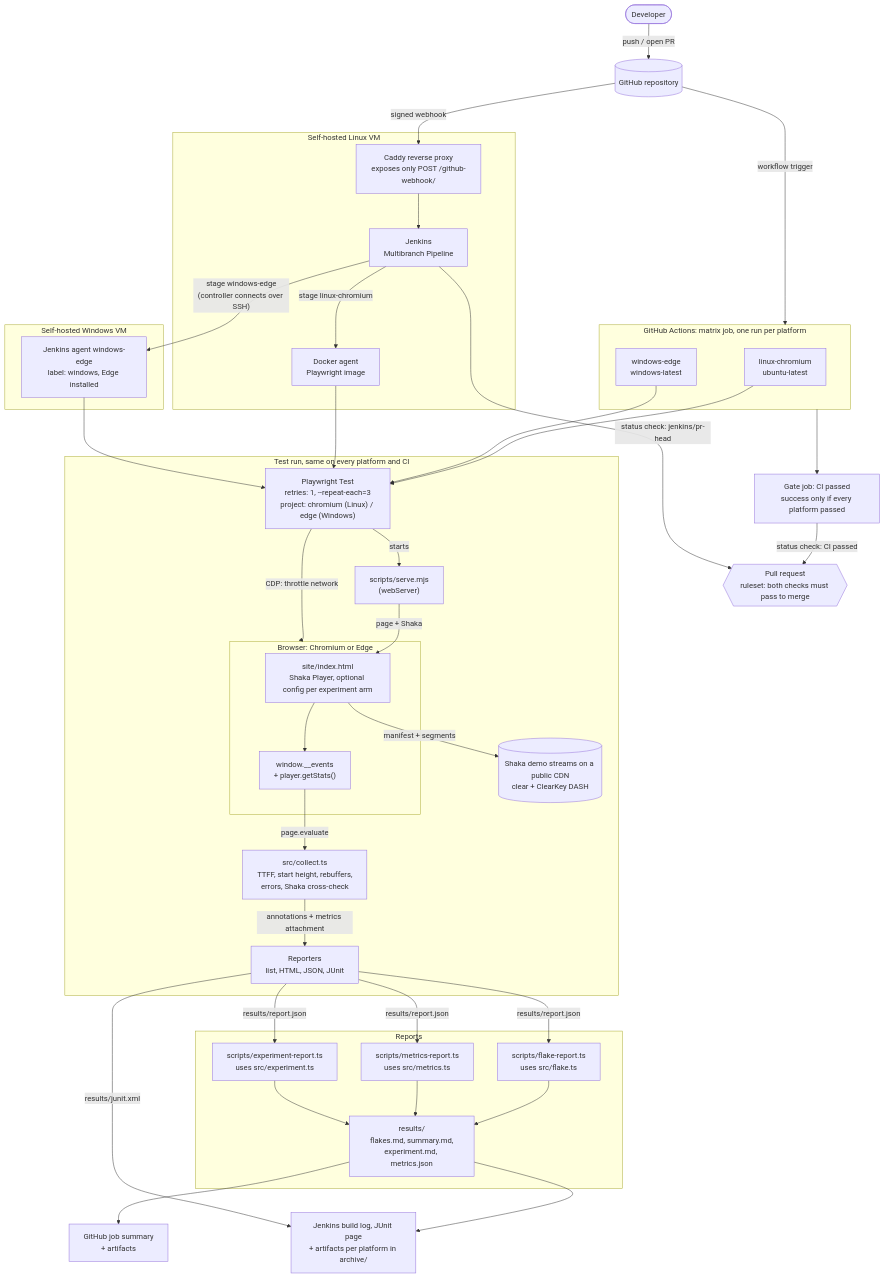
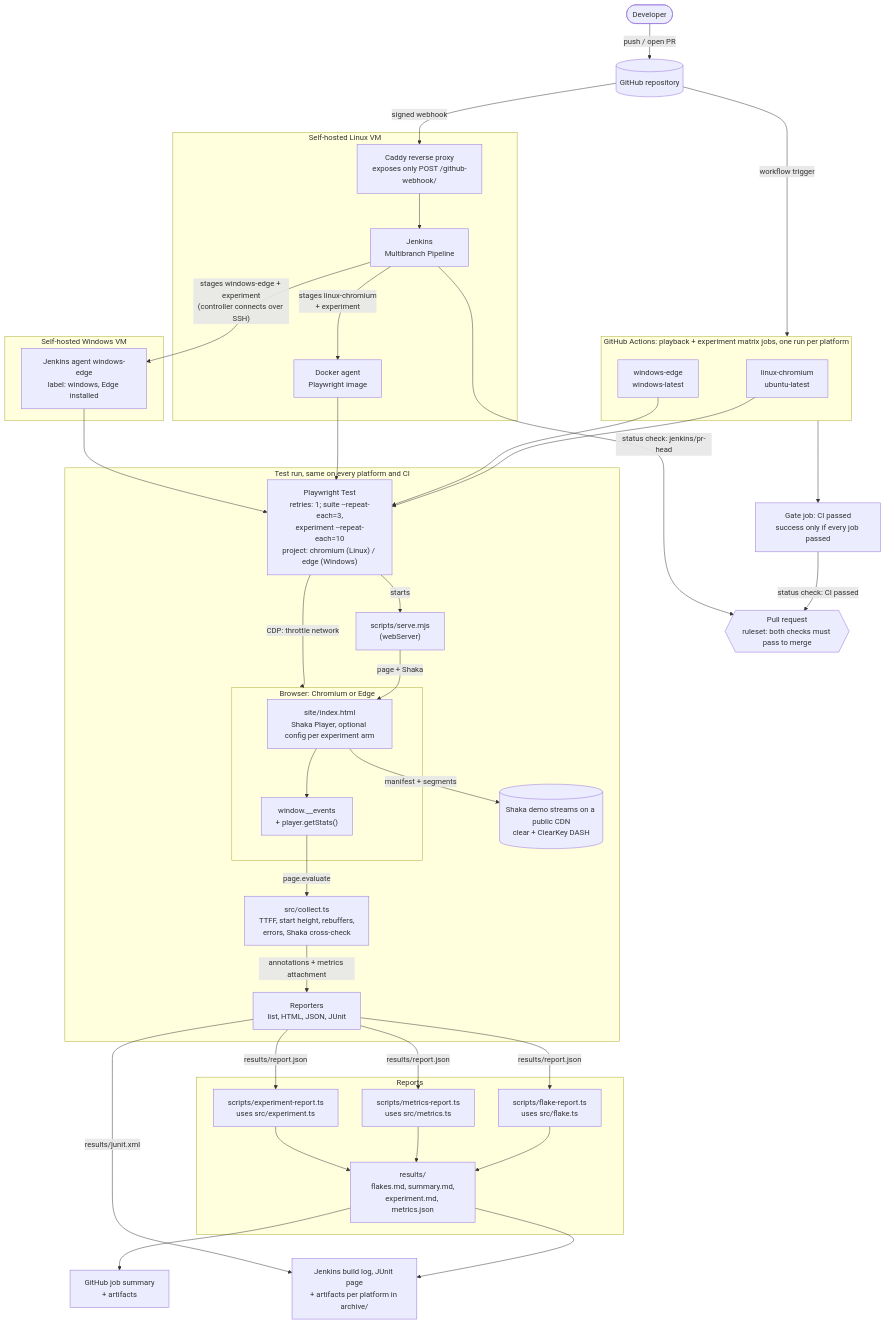
Before and after one commit to tsuls/Playback-test-harness: the diagram in ARCHITECTURE.md, drawn with Mermaid. The commit also changed other lines of this file and 4 other files, not shown here.

Commit message:
Run the A/B experiment in its own CI job/stage with 10 runs per arm

````diff
--- a/ARCHITECTURE.md
+++ b/ARCHITECTURE.md
@@ -5,71 +5,71 @@
 ```mermaid
 flowchart TB
   dev([Developer]) -- "push / open PR" --> gh[("GitHub repository")]
 
   gh -- "workflow trigger" --> gha
 
-  subgraph gha ["GitHub Actions: matrix job, one run per platform"]
+  subgraph gha ["GitHub Actions: playback + experiment matrix jobs, one run per platform"]
     linux["linux-chromium<br/>ubuntu-latest"]
     win["windows-edge<br/>windows-latest"]
   end
-  gha --> gate["Gate job: CI passed<br/>success only if every platform passed"]
+  gha --> gate["Gate job: CI passed<br/>success only if every job passed"]
 
   gh -- "signed webhook" --> caddy
 
   subgraph vm ["Self-hosted Linux VM"]
     caddy["Caddy reverse proxy<br/>exposes only POST /github-webhook/"] --> jenkins["Jenkins<br/>Multibranch Pipeline"]
-    jenkins -- "stage linux-chromium" --> agent["Docker agent<br/>Playwright image"]
+    jenkins -- "stages linux-chromium<br/>+ experiment" --> agent["Docker agent<br/>Playwright image"]
   end
 
   subgraph winvm ["Self-hosted Windows VM"]
     winagent["Jenkins agent windows-edge<br/>label: windows, Edge installed"]
   end
-  jenkins -- "stage windows-edge<br/>(controller connects over SSH)" --> winagent
+  jenkins -- "stages windows-edge + experiment<br/>(controller connects over SSH)" --> winagent
 
   linux --> runner
   win --> runner
   agent --> runner
   winagent --> runner
 
   cdn[("Shaka demo streams on a public CDN<br/>clear + ClearKey DASH")]
 
   subgraph run ["Test run, same on every platform and CI"]
-    runner["Playwright Test<br/>retries: 1, --repeat-each=3<br/>project: chromium (Linux) / edge (Windows)"]
+    runner["Playwright Test<br/>retries: 1; suite --repeat-each=3,<br/>experiment --repeat-each=10<br/>project: chromium (Linux) / edge (Windows)"]
     server["scripts/serve.mjs<br/>(webServer)"]
     subgraph chromium ["Browser: Chromium or Edge"]
       page["site/index.html<br/>Shaka Player, optional config per experiment arm"]
       events["window.__events<br/>+ player.getStats()"]
       page --> events
     end
     collect["src/collect.ts<br/>TTFF, start height, rebuffers,<br/>errors, Shaka cross-check"]
     reporters["Reporters<br/>list, HTML, JSON, JUnit"]
 
     runner -- starts --> server
     server -- "page + Shaka" --> page
     page -- "manifest + segments" --> cdn
     runner -- "CDP: throttle network" --> chromium
     events -- "page.evaluate" --> collect
     collect -- "annotations + metrics attachment" --> reporters
   end
 
   subgraph reports ["Reports"]
     flake["scripts/flake-report.ts<br/>uses src/flake.ts"]
     metrics["scripts/metrics-report.ts<br/>uses src/metrics.ts"]
     experiment["scripts/experiment-report.ts<br/>uses src/experiment.ts"]
     out["results/<br/>flakes.md, summary.md,<br/>experiment.md, metrics.json"]
     flake --> out
     metrics --> out
     experiment --> out
   end
 
   reporters -- "results/report.json" --> flake
   reporters -- "results/report.json" --> metrics
   reporters -- "results/report.json" --> experiment
 
   out --> ghsum["GitHub job summary<br/>+ artifacts"]
   out --> jart["Jenkins build log, JUnit page<br/>+ artifacts per platform in archive/"]
   reporters -- "results/junit.xml" --> jart
 
   gate -- "status check: CI passed" --> pr{{"Pull request<br/>ruleset: both checks must pass to merge"}}
   jenkins -- "status check: jenkins/pr-head" --> pr
 ```
````
